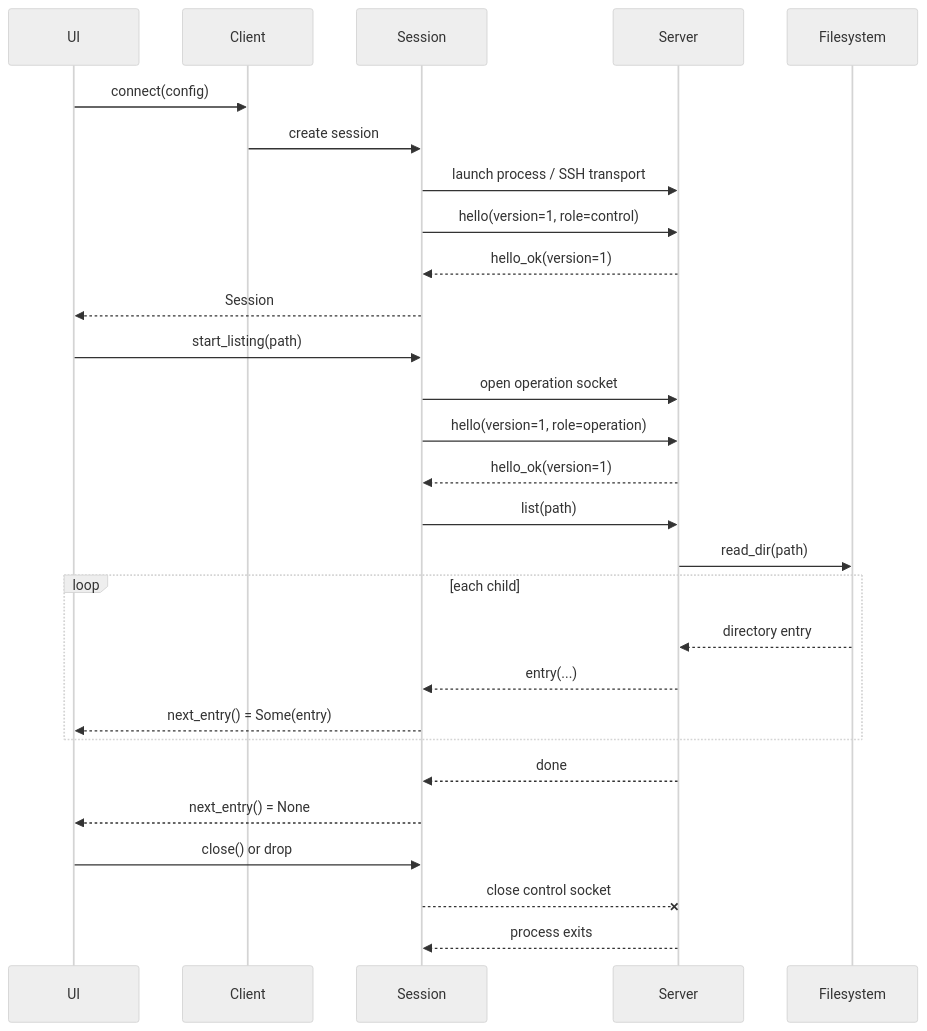
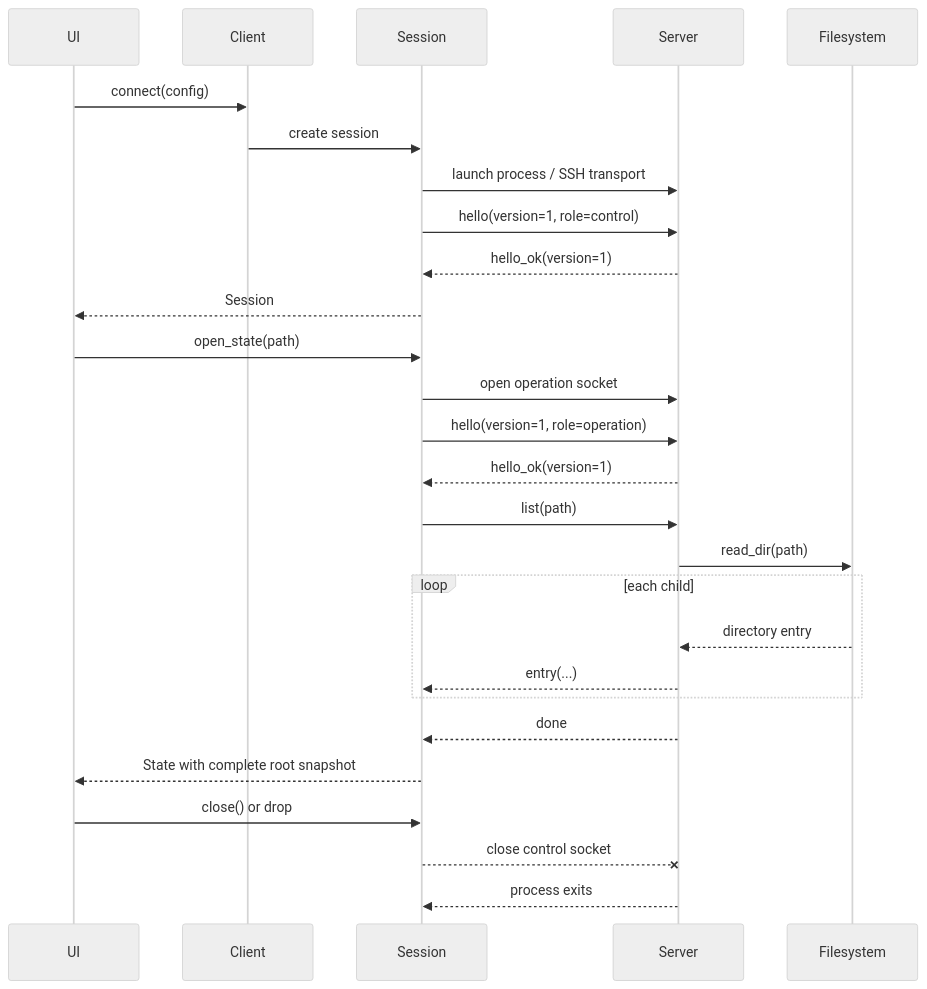
One commit to tanchihpin0517/file-peeker changed the second of 2 diagrams in docs/api.md. Above: the diagram before and after it, drawn with Mermaid (neutral theme). The commit also changed other lines of this file and 9 other files, not shown here.

First line of the commit message:
refactor(client)!: remove streaming directory listing API

````diff
--- a/docs/api.md
+++ b/docs/api.md
@@ -367,33 +335,32 @@
 ```mermaid
 sequenceDiagram
     participant UI
     participant API as Client
     participant Client as Session
     participant Server
     participant FS as Filesystem
 
     UI->>API: connect(config)
     API->>Client: create session
     Client->>Server: launch process / SSH transport
     Client->>Server: hello(version=1, role=control)
     Server-->>Client: hello_ok(version=1)
     Client-->>UI: Session
 
-    UI->>Client: start_listing(path)
+    UI->>Client: open_state(path)
     Client->>Server: open operation socket
     Client->>Server: hello(version=1, role=operation)
     Server-->>Client: hello_ok(version=1)
     Client->>Server: list(path)
     Server->>FS: read_dir(path)
     loop each child
         FS-->>Server: directory entry
         Server-->>Client: entry(...)
-        Client-->>UI: next_entry() = Some(entry)
     end
     Server-->>Client: done
-    Client-->>UI: next_entry() = None
+    Client-->>UI: State with complete root snapshot
 
     UI->>Client: close() or drop
     Client--xServer: close control socket
     Server-->>Client: process exits
 ```
````
